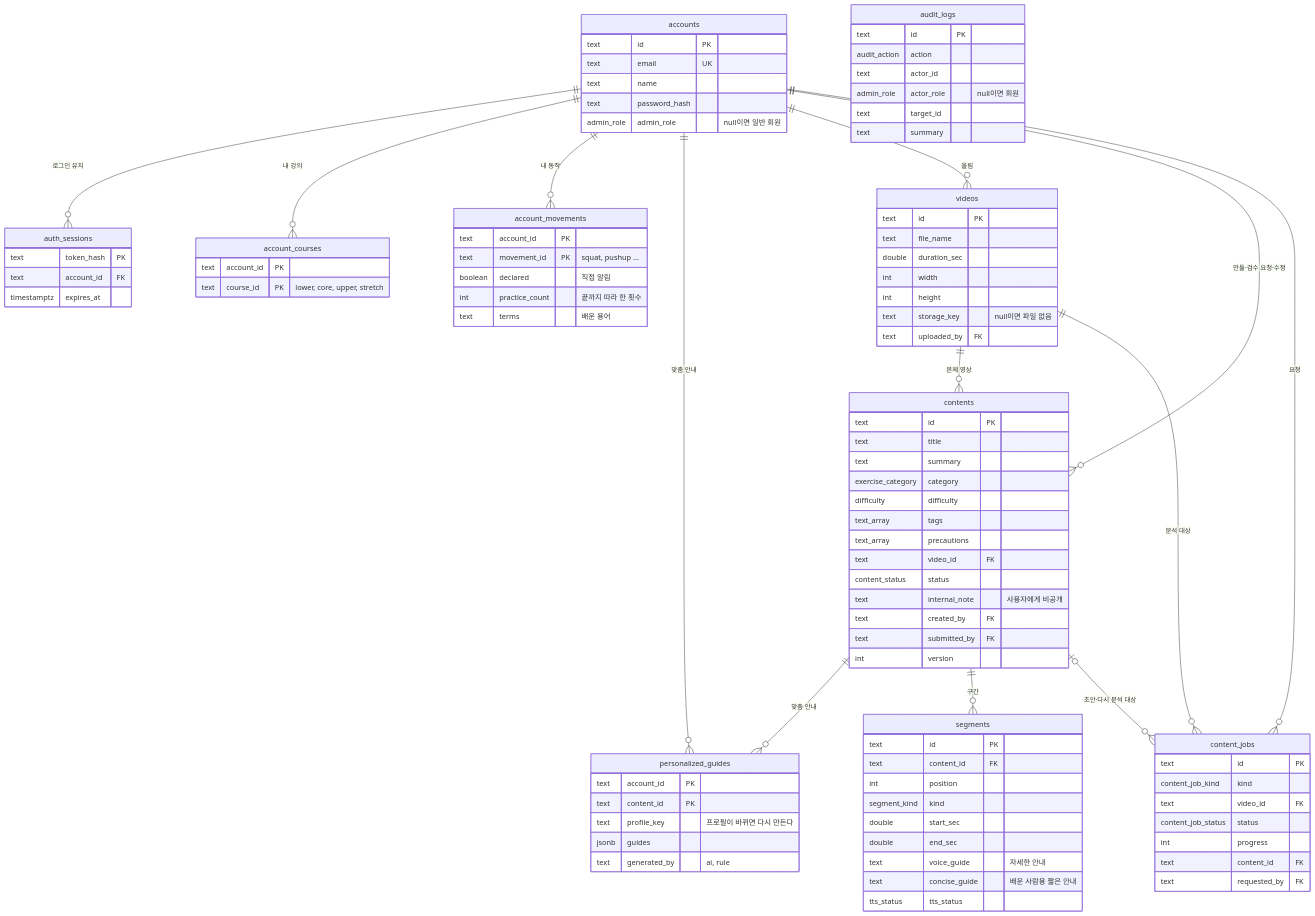
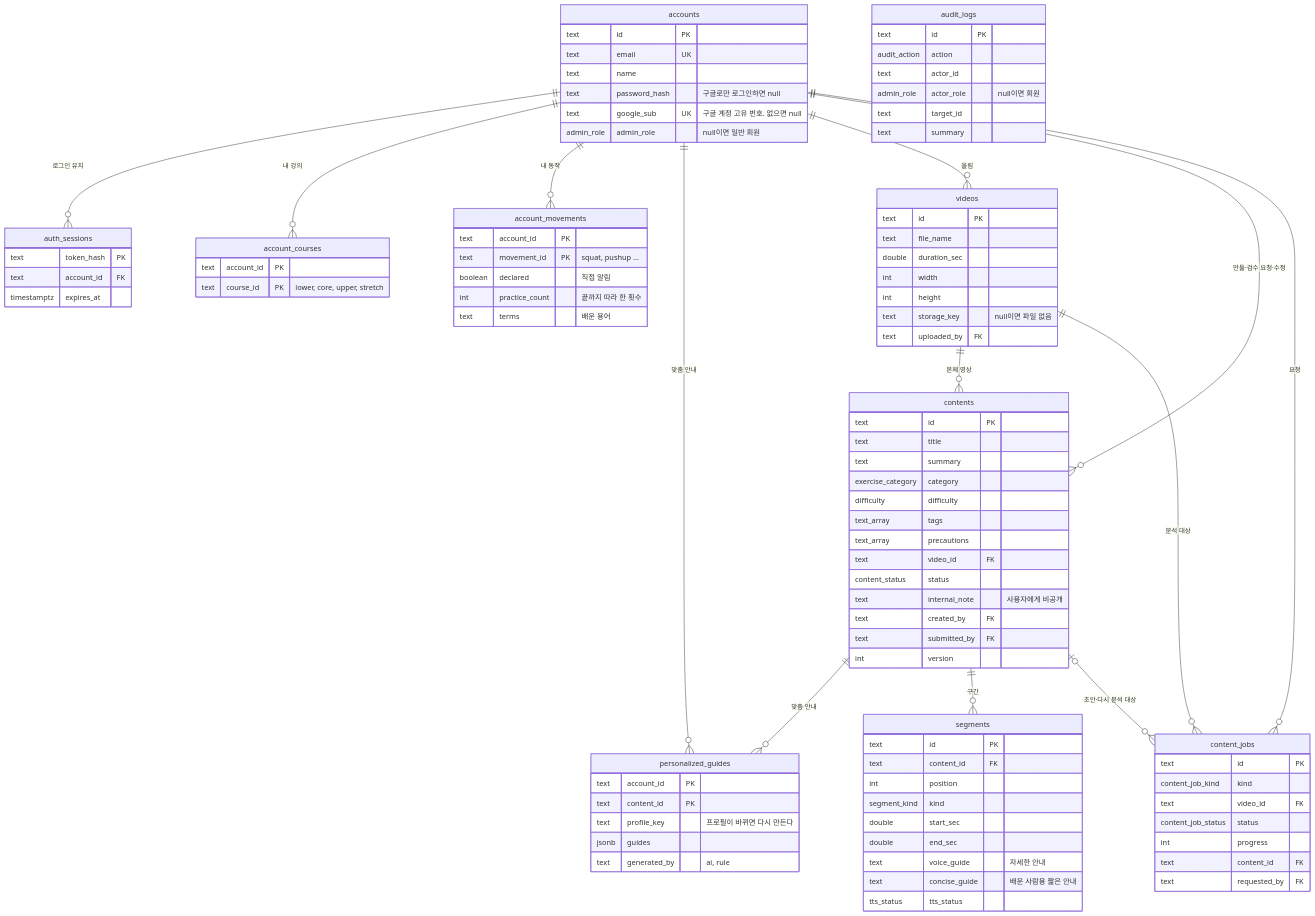
One commit to Yconic-3/Yconic changed the diagram in docs/database.md. Above: the diagram before and after it, drawn with Mermaid. The commit also changed other lines of this file and 32 other files, not shown here.

```diff
--- a/docs/database.md
+++ b/docs/database.md
@@ -27,7 +27,8 @@
         text id PK
         text email UK
         text name
-        text password_hash
+        text password_hash "구글로만 로그인하면 null"
+        text google_sub UK "구글 계정 고유 번호. 없으면 null"
         admin_role admin_role "null이면 일반 회원"
     }
     account_courses {
```
